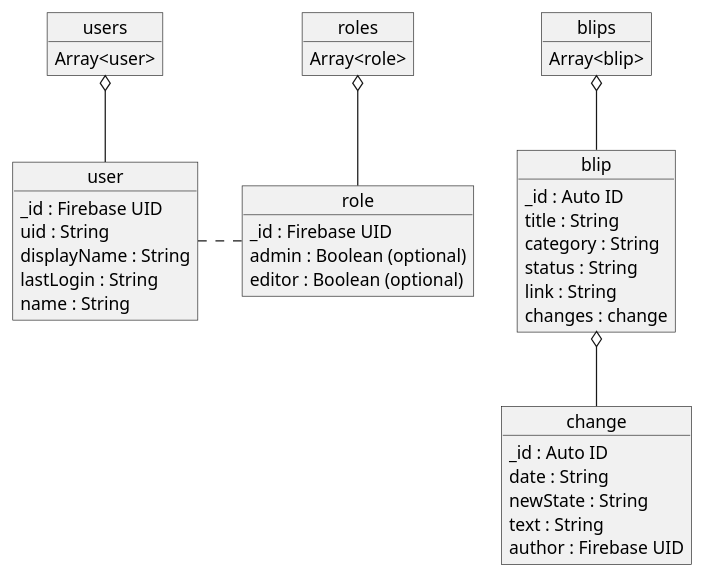
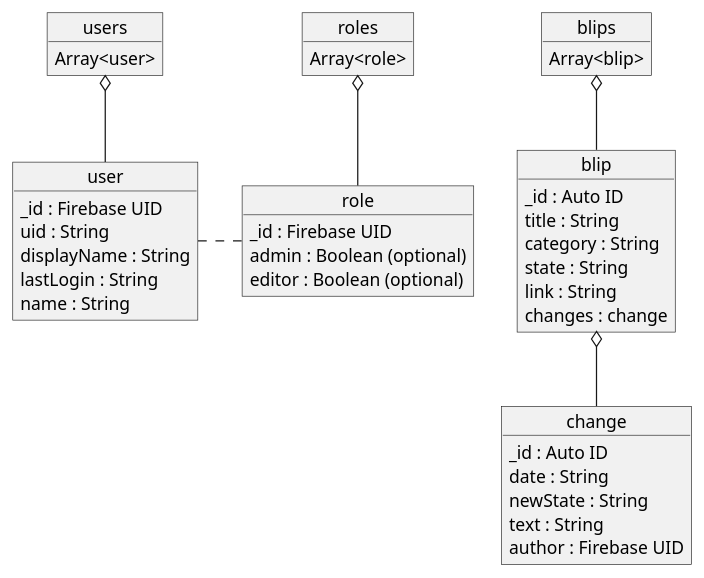
Before and after one commit to devradar/devradar: the diagram in assets/firestore.puml, drawn with PlantUML. The commit also changed 6 other files, not shown here.

```diff
--- a/assets/firestore.puml
+++ b/assets/firestore.puml
@@ -1,50 +1,50 @@
 @startuml firestore_schema
 
 object users
 users : Array<user>
 
 object "user" as user
 user : _id : Firebase UID
 user : uid : String
 user : displayName : String
 user : lastLogin : String
 user : name : String
 
 users o-- user
 
 
 object roles
 roles : Array<role>
 
 object "role" as role
 role : _id : Firebase UID
 role : admin : Boolean (optional)
 role : editor : Boolean (optional)
 
 roles o-- role
 role .left. user
 
 
 object blips
 blips : Array<blip>
 
 object blip
 blip : _id : Auto ID
 blip : title : String
 blip : category : String
-blip : status : String
+blip : state : String
 blip : link : String
 blip : changes : change
 
 blips o-- blip
 
 object change
 change : _id : Auto ID
 change : date : String
 change : newState : String
 change : text : String
 change : author : Firebase UID
 
 blip o-- change
 
 @enduml
```
